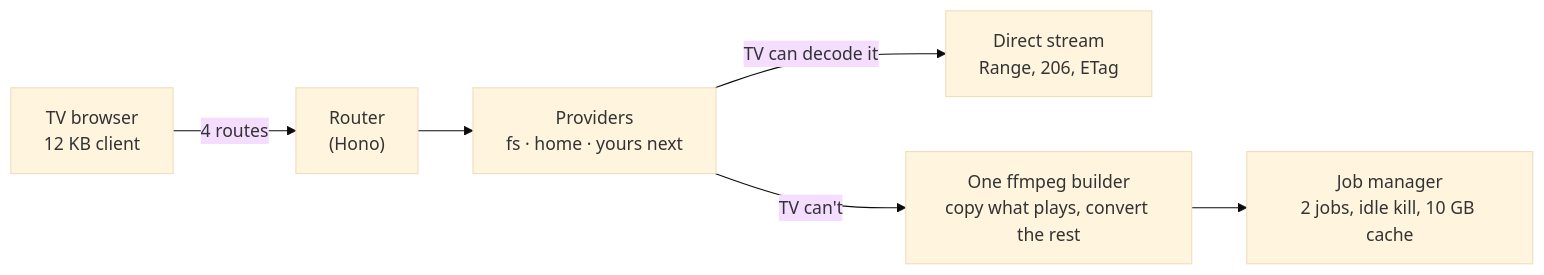
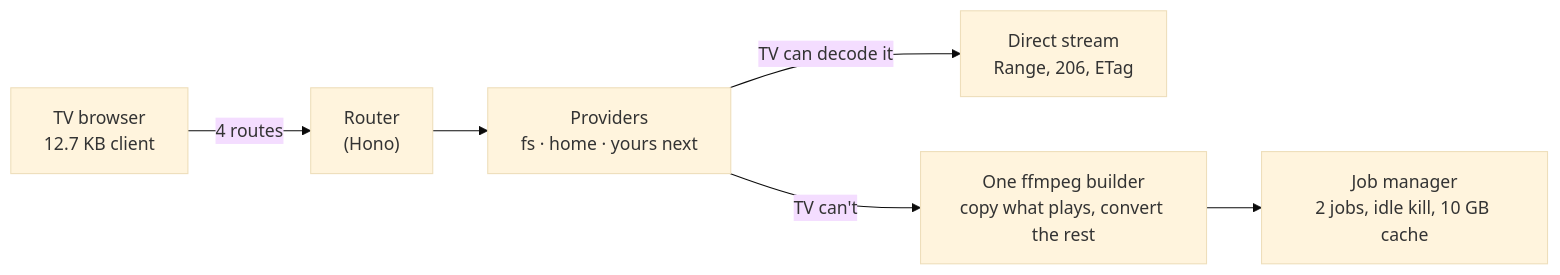
The diagram in README.md (bully911210/homecast), drawn with Mermaid (base theme) before and after one commit. The commit also changed other lines of this file and 28 other files, not shown here.

````diff
--- a/README.md
+++ b/README.md
@@ -61,8 +61,8 @@
 ```mermaid
 flowchart LR
-  TV["TV browser<br/>12 KB client"] -- "4 routes" --> R["Router<br/>(Hono)"]
+  TV["TV browser<br/>12.7 KB client"] -- "4 routes" --> R["Router<br/>(Hono)"]
   R --> P["Providers<br/>fs · home · yours next"]
   P -- "TV can decode it" --> D["Direct stream<br/>Range, 206, ETag"]
   P -- "TV can't" --> H["One ffmpeg builder<br/>copy what plays, convert the rest"]
   H --> J["Job manager<br/>2 jobs, idle kill, 10 GB cache"]
 ```
````
